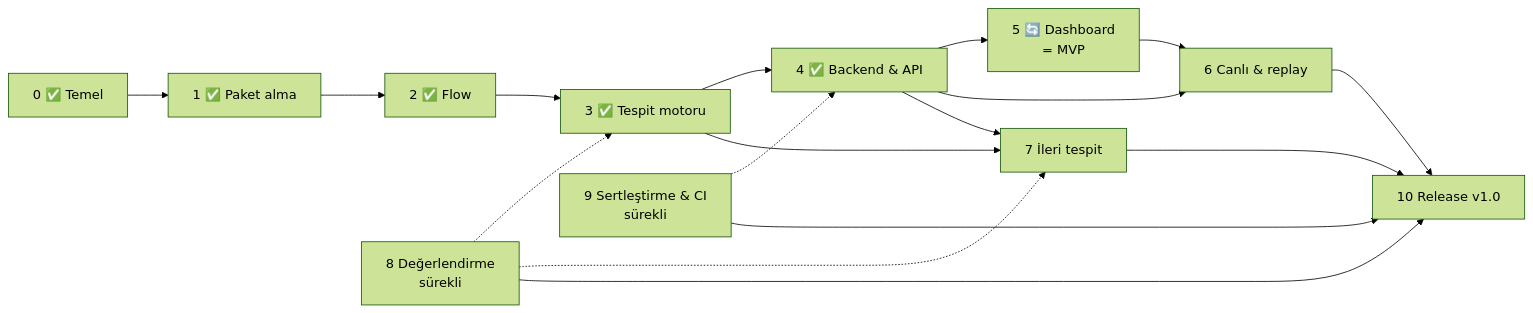
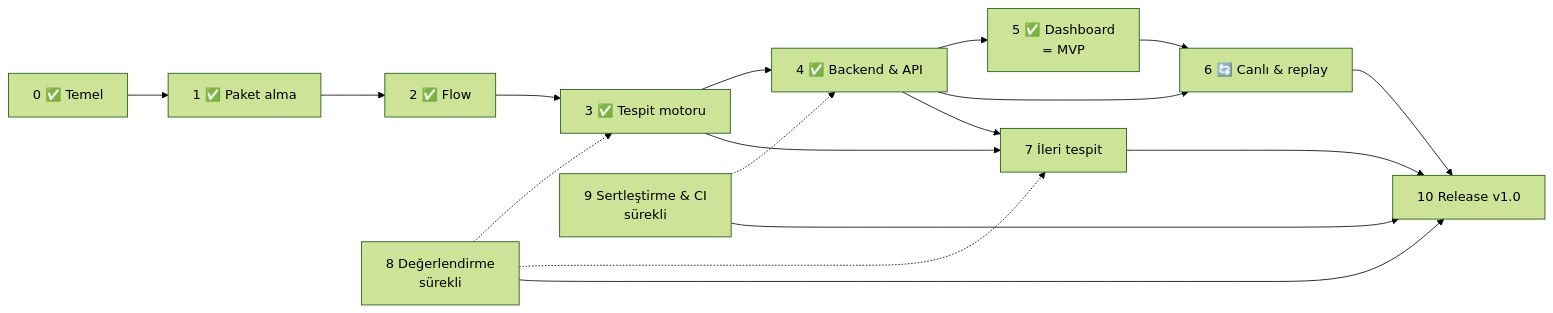
Before and after one commit to furkan-akkaya/NetGuard: the diagram in ROADMAP.md, drawn with Mermaid (forest theme). The commit also changed other lines of this file and 10 other files, not shown here.

First line of the commit message:
docs: release v0.5.0 (MVP) with dashboard docs and learning note 06

````diff
--- a/ROADMAP.md
+++ b/ROADMAP.md
@@ -72,19 +74,19 @@
 ```mermaid
 flowchart LR
     F0[0 ✅ Temel] --> F1[1 ✅ Paket alma]
     F1 --> F2[2 ✅ Flow]
     F2 --> F3[3 ✅ Tespit motoru]
     F3 --> F4[4 ✅ Backend & API]
-    F4 --> F5[5 🔄 Dashboard<br/>= MVP]
-    F4 --> F6[6 Canlı & replay]
+    F4 --> F5[5 ✅ Dashboard<br/>= MVP]
+    F4 --> F6[6 🔄 Canlı & replay]
     F5 --> F6
     F3 --> F7[7 İleri tespit]
     F4 --> F7
     F8[8 Değerlendirme<br/>sürekli] -.-> F3
     F8 -.-> F7
     F9[9 Sertleştirme & CI<br/>sürekli] -.-> F4
     F6 --> F10[10 Release v1.0]
     F7 --> F10
     F8 --> F10
     F9 --> F10
 ```
````
